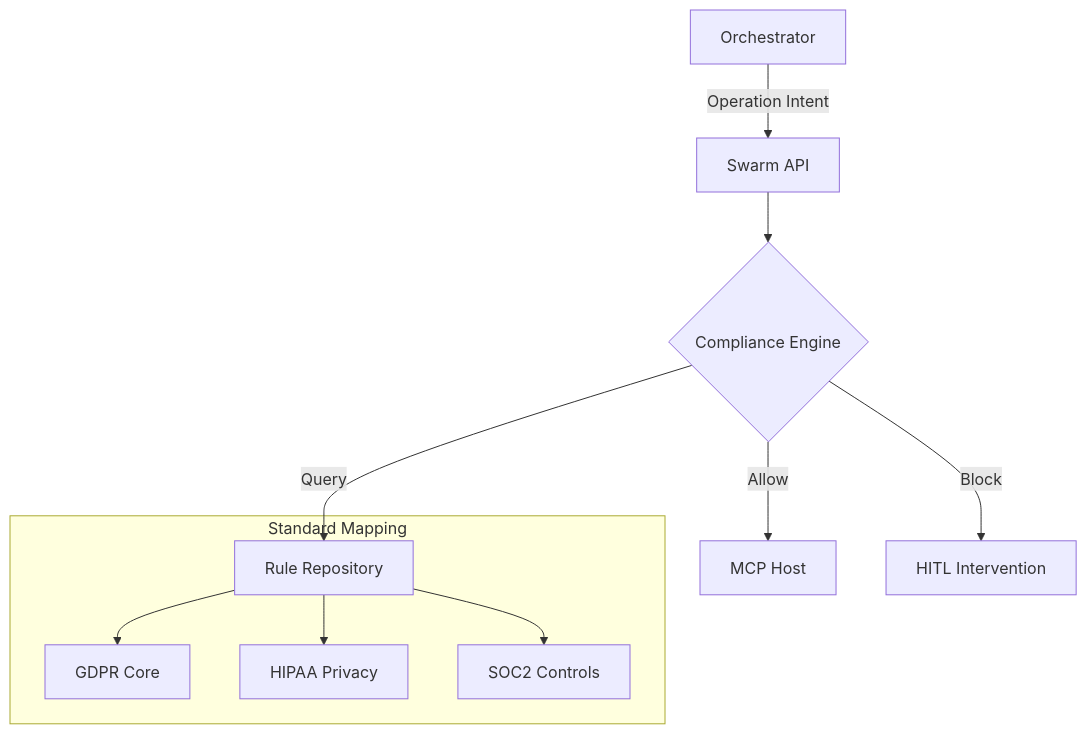
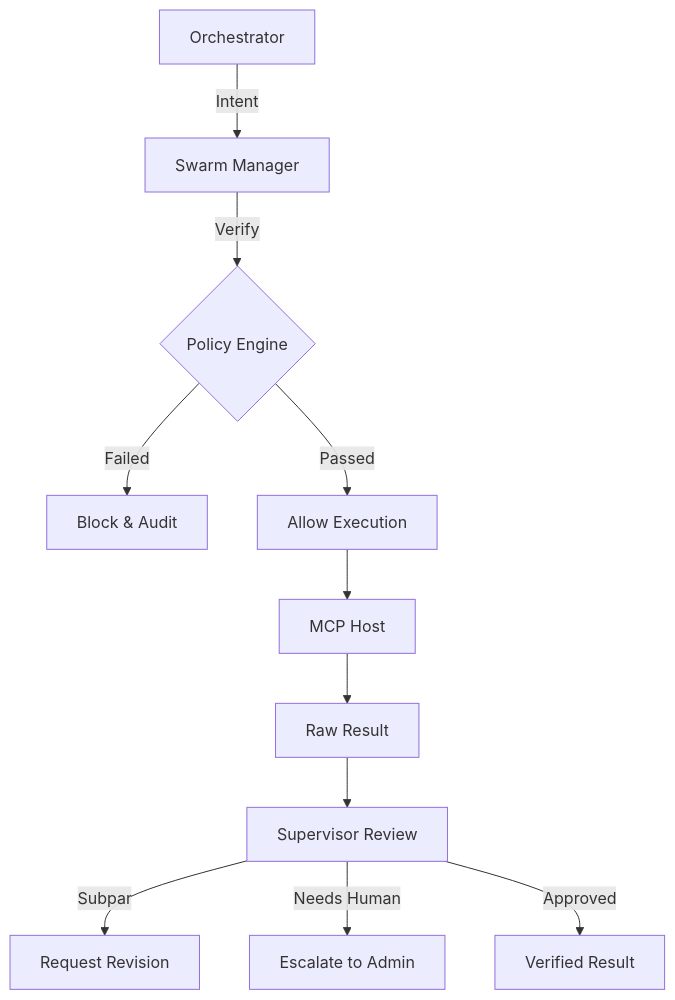
Before and after one commit to azzindani/Kea: the diagram in services/swarm_manager/README.md, drawn with Mermaid. The commit also changed other lines of this file and 13 other files, not shown here.

````diff
--- a/services/swarm_manager/README.md
+++ b/services/swarm_manager/README.md
@@ -9,15 +22,16 @@
 ```mermaid
 graph TD
-    Orch[Orchestrator] -->|Operation Intent| API[Swarm API]
-    API --> Engine{Compliance Engine}
-    Engine -->|Query| Rules[Rule Repository]
+    Orch[Orchestrator] -->|Intent| Manager[Swarm Manager]
+    Manager -->|Verify| Policy{Policy Engine}
     
-    subgraph Standard Mapping
-        Rules --> GDPR[GDPR Core]
-        Rules --> HIPAA[HIPAA Privacy]
-        Rules --> SOC2[SOC2 Controls]
-    end
+    Policy -->|Failed| Block[Block & Audit]
+    Policy -->|Passed| Execute[Allow Execution]
     
-    Engine -->|Allow| Exec[MCP Host]
-    Engine -->|Block| Intervention[HITL Intervention]
+    Execute --> MCP[MCP Host]
+    MCP --> Result[Raw Result]
+    
+    Result --> Supervisor[Supervisor Review]
+    Supervisor -->|Subpar| Revise[Request Revision]
+    Supervisor -->|Needs Human| HITL[Escalate to Admin]
+    Supervisor -->|Approved| Final[Verified Result]
 ```
````
